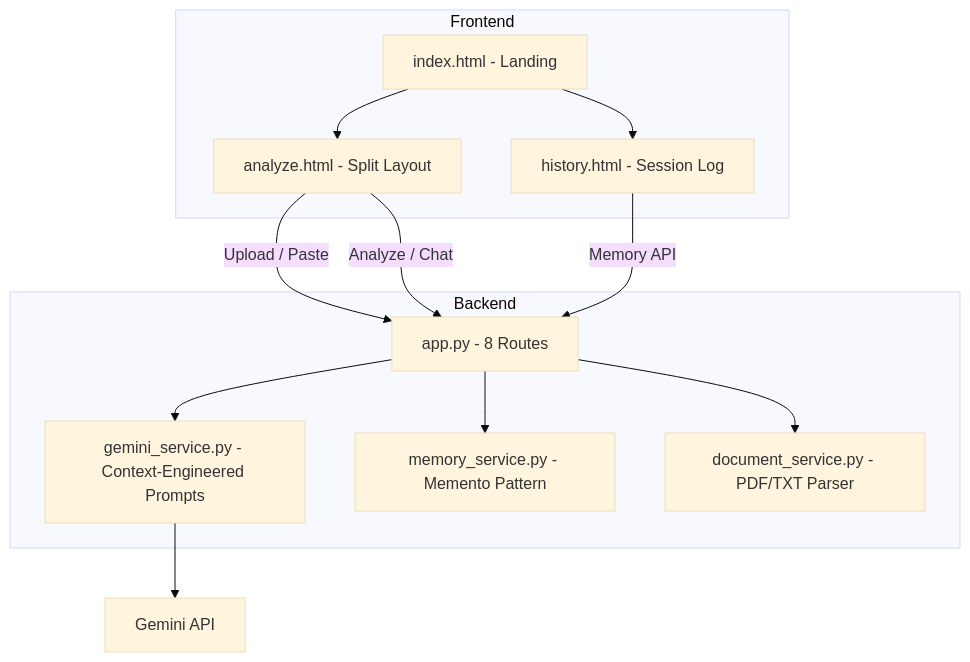
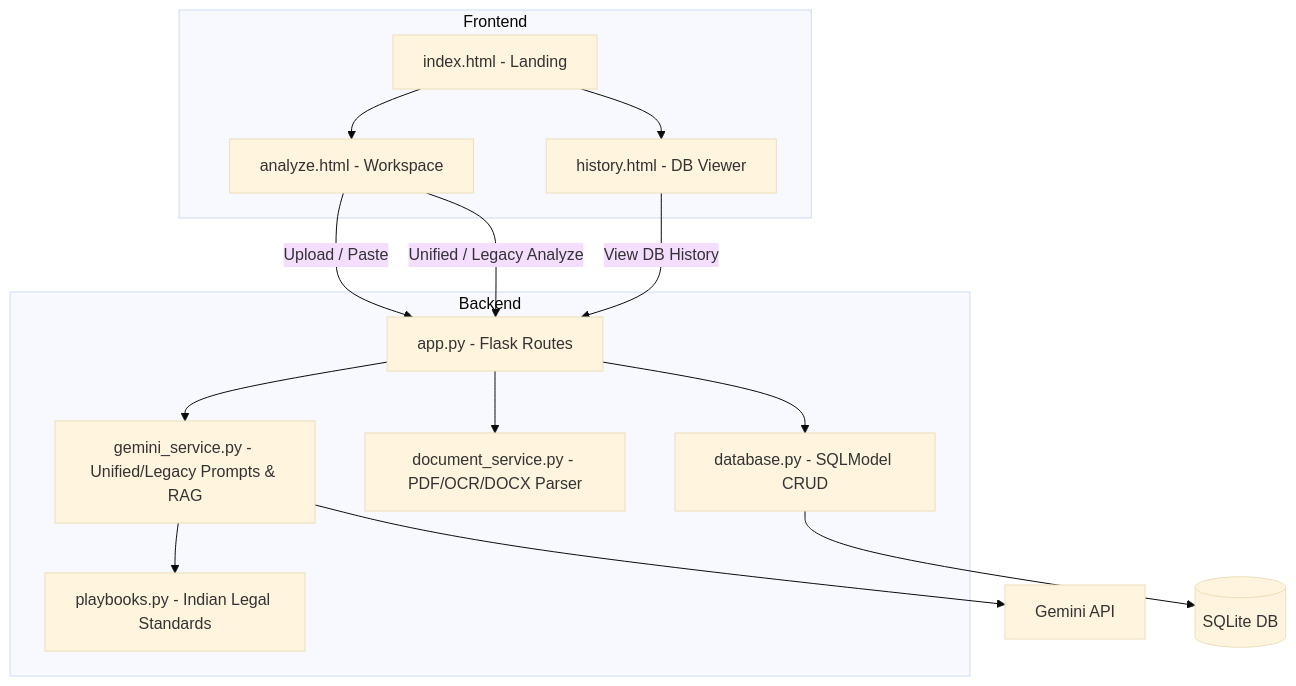
Before and after one commit to THARUN9959/Clause-Clear-AI: the diagram in README.md, drawn with Mermaid (base theme). The commit also changed other lines of this file and 9 other files, not shown here.

````diff
--- a/README.md
+++ b/README.md
@@ -66,19 +65,21 @@
 ```mermaid
 graph TB
     subgraph Frontend
-        A[index.html - Landing] --> B[analyze.html - Split Layout]
-        A --> C[history.html - Session Log]
+        A[index.html - Landing] --> B[analyze.html - Workspace]
+        A --> C[history.html - DB Viewer]
     end
     subgraph Backend
-        D[app.py - 8 Routes]
-        E[gemini_service.py - Context-Engineered Prompts]
-        F[memory_service.py - Memento Pattern]
-        G[document_service.py - PDF/TXT Parser]
+        D[app.py - Flask Routes]
+        E[gemini_service.py - Unified/Legacy Prompts & RAG]
+        F[playbooks.py - Indian Legal Standards]
+        G[document_service.py - PDF/OCR/DOCX Parser]
+        H[database.py - SQLModel CRUD]
     end
     B -->|Upload / Paste| D
-    B -->|Analyze / Chat| D
-    C -->|Memory API| D
-    D --> E --> H[Gemini API]
-    D --> F
+    B -->|Unified / Legacy Analyze| D
+    C -->|View DB History| D
+    D --> E --> I[Gemini API]
+    E --> F
     D --> G
+    D --> H --> J[(SQLite DB)]
 ```
````
